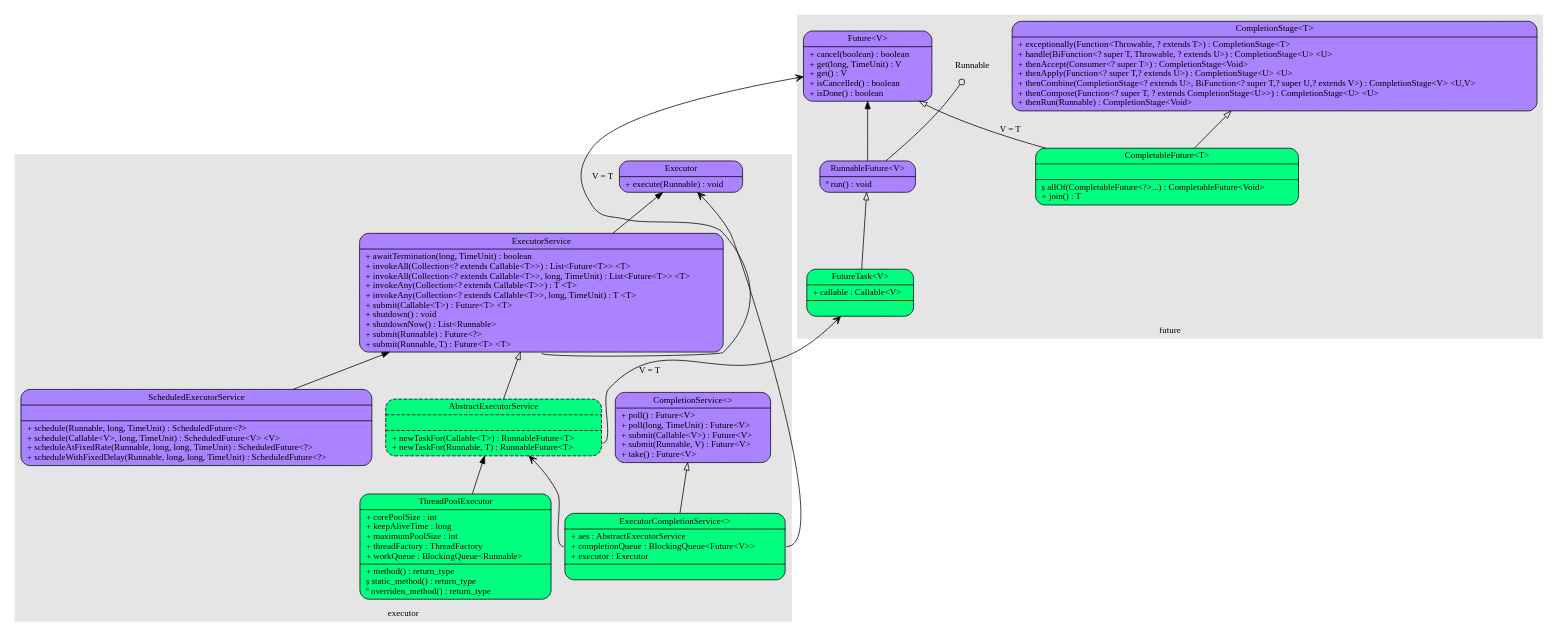
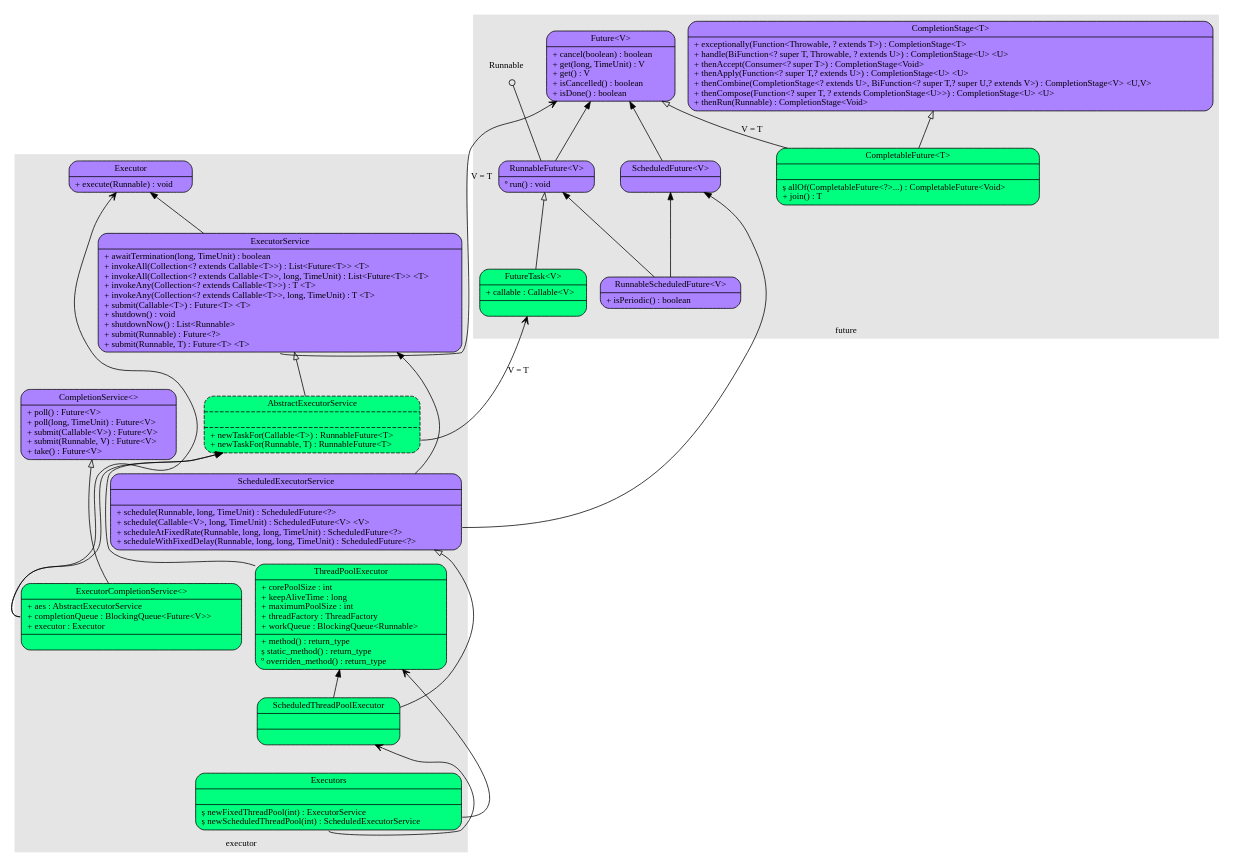
One commit to chris0103/spider-net changed the diagram in Java/concurrent.dot. Above: the diagram before and after it, drawn with Graphviz.

```diff
--- a/Java/concurrent.dot
+++ b/Java/concurrent.dot
@@ -1,90 +1,91 @@
 digraph concurrent {
 	rankdir = BT;
     fontname = "Verdana";
     fontsize = 12;
     node [fontname = "Verdana", fontsize = 12, shape = "record"];
     edge [fontname = "Verdana", fontsize = 12];
 	
 	subgraph cluster25 {
 		label = "executor";
 		style = filled;
-		color = grey90;
+		color = grey90;				
 		AbstractExecutorService [label = "{<f0>AbstractExecutorService||<f2>+ newTaskFor(Callable&lt;T&gt;) : RunnableFuture&lt;T&gt;\l+ newTaskFor(Runnable, T) : RunnableFuture&lt;T&gt;\l}", style = "rounded, filled, dashed", fillcolor = "springgreen"];
 		CompletionService [label = "{<f0>CompletionService&lt;&gt;|<f2>+ poll() : Future&lt;V&gt;\l+ poll(long, TimeUnit) : Future&lt;V&gt;\l+ submit(Callable&lt;V&gt;) : Future&lt;V&gt;\l+ submit(Runnable, V) : Future&lt;V&gt;\l+ take() : Future&lt;V&gt;\l}", style = "rounded, filled", fillcolor = "mediumpurple1"];
 		Executor [label = "{<f0>Executor|<f2>+ execute(Runnable) : void\l}", style = "rounded, filled", fillcolor = "mediumpurple1"];
 		ExecutorCompletionService [label = "{<f0>ExecutorCompletionService&lt;&gt;|<f1>+ aes : AbstractExecutorService\l+ completionQueue : BlockingQueue&lt;Future&lt;V&gt;&gt;\l+ executor : Executor\l|}", style = "rounded, filled", fillcolor = "springgreen"];
+		Executors [label = "{<f0>Executors||<f2>&#537; newFixedThreadPool(int) : ExecutorService\l&#537; newScheduledThreadPool(int) : ScheduledExecutorService\l}", style = "rounded, filled", fillcolor = "springgreen"];
 		ExecutorService [label = "{<f0>ExecutorService|<f2>+ awaitTermination(long, TimeUnit) : boolean\l+ invokeAll(Collection&lt;? extends Callable&lt;T&gt;&gt;) : List&lt;Future&lt;T&gt;&gt; &lt;T&gt;\l+ invokeAll(Collection&lt;? extends Callable&lt;T&gt;&gt;, long, TimeUnit) : List&lt;Future&lt;T&gt;&gt; &lt;T&gt;\l+ invokeAny(Collection&lt;? extends Callable&lt;T&gt;&gt;) : T &lt;T&gt;\l+ invokeAny(Collection&lt;? extends Callable&lt;T&gt;&gt;, long, TimeUnit) : T &lt;T&gt;\l+ submit(Callable&lt;T&gt;) : Future&lt;T&gt; &lt;T&gt;\l+ shutdown() : void\l+ shutdownNow() : List&lt;Runnable&gt;\l+ submit(Runnable) : Future&lt;?&gt;\l+ submit(Runnable, T) : Future&lt;T&gt; &lt;T&gt;\l}", style = "rounded, filled", fillcolor = "mediumpurple1"];
 		ScheduledExecutorService [label = "{<f0>ScheduledExecutorService||<f2>+ schedule(Runnable, long, TimeUnit) : ScheduledFuture&lt;?&gt;\l+ schedule(Callable&lt;V&gt;, long, TimeUnit) : ScheduledFuture&lt;V&gt; &lt;V&gt;\l+ scheduleAtFixedRate(Runnable, long, long, TimeUnit) : ScheduledFuture&lt;?&gt;\l+ scheduleWithFixedDelay(Runnable, long, long, TimeUnit) : ScheduledFuture&lt;?&gt;\l}", style = "rounded, filled", fillcolor = "mediumpurple1"];
-		ThreadPoolExecutor [label = "{<f0>ThreadPoolExecutor|<f1>+ corePoolSize : int\l+ keepAliveTime : long\l+ maximumPoolSize : int\l+ threadFactory : ThreadFactory\l+ workQueue : BlockingQueue&lt;Runnable&gt;\l|<f2>+ method() : return_type\l&#537; static_method() : return_type\l&#186; overriden_method() : return_type\l}", style = "rounded, filled", fillcolor = "springgreen"];
+		ScheduledThreadPoolExecutor [label = "{<f0>ScheduledThreadPoolExecutor||}", style = "rounded, filled", fillcolor = "springgreen"];
+		ThreadPoolExecutor [label = "{<f0>ThreadPoolExecutor|<f1>+ corePoolSize : int\l+ keepAliveTime : long\l+ maximumPoolSize : int\l+ threadFactory : ThreadFactory\l+ workQueue : BlockingQueue&lt;Runnable&gt;\l|<f2>+ method() : return_type\l&#537; static_method() : return_type\l&#186; overriden_method() : return_type\l}", style = "rounded, filled", fillcolor = "springgreen"];		
 	}
 	
 	subgraph cluster50 {
 		label = "future";
 		style = filled;
 		color = grey90;
 		CompletableFuture [label = "{<f0>CompletableFuture&lt;T&gt;||<f2>&#537; allOf(CompletableFuture&lt;?&gt;...) : CompletableFuture&lt;Void&gt;\l+ join() : T\l}", style = "rounded, filled", fillcolor = "springgreen"];
 		CompletionStage [label = "{<f0>CompletionStage&lt;T&gt;|<f2>+ exceptionally(Function&lt;Throwable, ? extends T&gt;) : CompletionStage&lt;T&gt;\l+ handle(BiFunction&lt;? super T, Throwable, ? extends U&gt;) : CompletionStage&lt;U&gt; &lt;U&gt;\l+ thenAccept(Consumer&lt;? super T&gt;) : CompletionStage&lt;Void&gt; \l+ thenApply(Function&lt;? super T,? extends U&gt;) : CompletionStage&lt;U&gt; &lt;U&gt;\l+ thenCombine(CompletionStage&lt;? extends U&gt;, BiFunction&lt;? super T,? super U,? extends V&gt;) : CompletionStage&lt;V&gt; &lt;U,V&gt;\l+ thenCompose(Function&lt;? super T, ? extends CompletionStage&lt;U&gt;&gt;) : CompletionStage&lt;U&gt; &lt;U&gt;\l+ thenRun(Runnable) : CompletionStage&lt;Void&gt; \l}", style = "rounded, filled", fillcolor = "mediumpurple1"];
 		Future [label = "{<f0>Future&lt;V&gt;|<f2>+ cancel(boolean) : boolean\l+ get(long, TimeUnit) : V\l+ get() : V\l+ isCancelled() : boolean\l+ isDone() : boolean\l}", style = "rounded, filled", fillcolor = "mediumpurple1"];
 		FutureTask [label = "{<f0>FutureTask&lt;V&gt;|<f1>+ callable : Callable&lt;V&gt;\l|}", style = "rounded, filled", fillcolor = "springgreen"];
 		Runnable [shape = "plaintext", label = "Runnable"];
 		RunnableFuture [label = "{<f0>RunnableFuture&lt;V&gt;|<f2>&#186; run() : void\l}", style = "rounded, filled", fillcolor = "mediumpurple1"];
+		RunnableScheduledFuture [label = "{<f0>RunnableScheduledFuture&lt;V&gt;|<f2>+ isPeriodic() : boolean\l}", style = "rounded, filled", fillcolor = "mediumpurple1"];
+		ScheduledFuture [label = "{<f0>ScheduledFuture&lt;V&gt;|}", style = "rounded, filled", fillcolor = "mediumpurple1"];
 	}
 	
 	/*
 	subgraph cluster00 {
 		label = "";
 		style = filled;
 		color = grey90;
 	}
 	
 	// item_name [label = "item_lable", style = "filled", fillcolor = "palegreen"];
 	// record_name [shape = "record", label = "{{<f0>interface|{<f10>(other implementers)}}|(other methods)}"];
 	// interface_minor [shape = "plaintext", label = "Interface_minor"];
 	// interface [label = "{<f0>Interface|<f2>+ method() : return_type\l}", style = "rounded, filled", fillcolor = "mediumpurple1"];
 	// abstract_class [label = "{<f0>Abstract_Class|<f1>+ field1 : type\l+ field2 : type\l|<f2>&#170; abstract_method() : return_type\l&#537; static_method() : return_type\l+ method() : return_type\l}", style = "rounded, filled, dashed", fillcolor = "springgreen"];
 	// class [label = "{<f0>Class|<f1>+ field1 : type\l+ field2 : type\l&#10765; final_field : type\l&#537; static_field : type\l|<f2>+ method() : return_type\l&#537; static_method() : return_type\l&#186; overriden_method() : return_type\l}", style = "rounded, filled", fillcolor = "springgreen"];	
 	*/
 	
 	// item_foo -> item_bar;
 	
 	// Implementation -> Interface [arrowhead = "empty"];
 	// Subclass -> Class;	
 	// Referer -> Referee [arrowhead = "vee"];
 	// Implementation -> InterfaceMinor [arrowhead = "odot"];	
-	
-	// future
-	CompletableFuture -> Future [arrowhead = "empty", label = "V = T"];
-	CompletableFuture -> CompletionStage [arrowhead = "empty"];
-	RunnableFuture -> Future;
-	RunnableFuture -> Runnable [arrowhead = "odot"];
-	FutureTask -> RunnableFuture [arrowhead = "empty"];
+
 	
 	// executor
 	ExecutorService -> Executor;
 	ExecutorService:f2 -> Future [arrowhead = "vee", label = "V = T"];
 	AbstractExecutorService -> ExecutorService [arrowhead = "empty"];
 	AbstractExecutorService:f2 -> FutureTask [arrowhead = "vee", label = "V = T"];
 	ThreadPoolExecutor -> AbstractExecutorService;
+	ScheduledThreadPoolExecutor -> ThreadPoolExecutor;
+	ScheduledThreadPoolExecutor -> ScheduledExecutorService [arrowhead = "empty"];
+	ScheduledExecutorService -> ExecutorService;
+	ScheduledExecutorService:f2 -> ScheduledFuture;
+	
 	ExecutorCompletionService:f1 -> AbstractExecutorService [arrowhead = "vee"];
 	ExecutorCompletionService:f1 -> Executor [arrowhead = "vee"];
 	ExecutorCompletionService -> CompletionService [arrowhead = "empty"];
-	ScheduledExecutorService -> ExecutorService;
 	
-	/*
+	Executors:f2 -> ScheduledThreadPoolExecutor [arrowhead = "vee"];
 	
 	
+	Executors:f2 -> ThreadPoolExecutor [arrowhead = "vee"];
+	RunnableScheduledFuture -> ScheduledFuture;
+	
+	ScheduledFuture -> Future;	
+	RunnableScheduledFuture -> RunnableFuture;	
+		
+	// future
+	CompletableFuture -> Future [arrowhead = "empty", label = "V = T"];
+	CompletableFuture -> CompletionStage [arrowhead = "empty"];
+	RunnableFuture -> Future;
 	RunnableFuture -> Runnable [arrowhead = "odot"];
-	RunnableFuture -> Future;
-	
-	Executors:f2 -> ThreadPoolExecutor [arrowhead = "vee"];
-	
-	Executors:f2 -> ScheduledThreadPoolExecutor [arrowhead = "vee"];
-	ScheduledThreadPoolExecutor -> ScheduledExecutorService [arrowhead = "empty"];
-	
-	ScheduledExecutorService:f2 -> ScheduledFuture;
-	ScheduledFuture -> Future;
-	ScheduledThreadPoolExecutor -> ThreadPoolExecutor;
-	RunnableScheduledFuture -> RunnableFuture;
-	RunnableScheduledFuture -> ScheduledFuture;
-	*/
+	FutureTask -> RunnableFuture [arrowhead = "empty"];
+
 }
```
